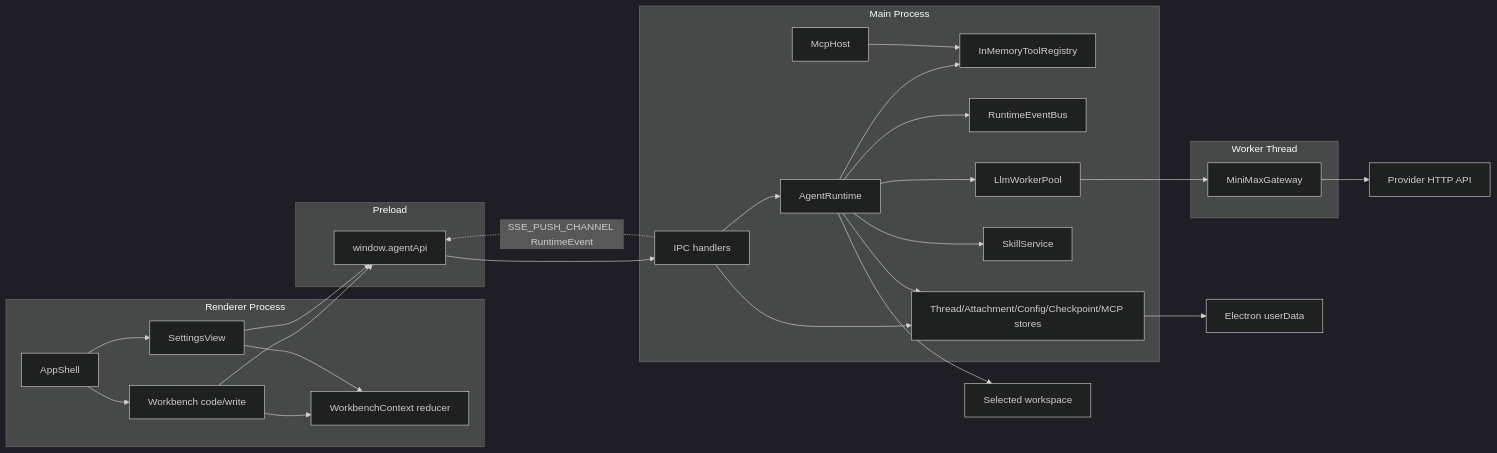
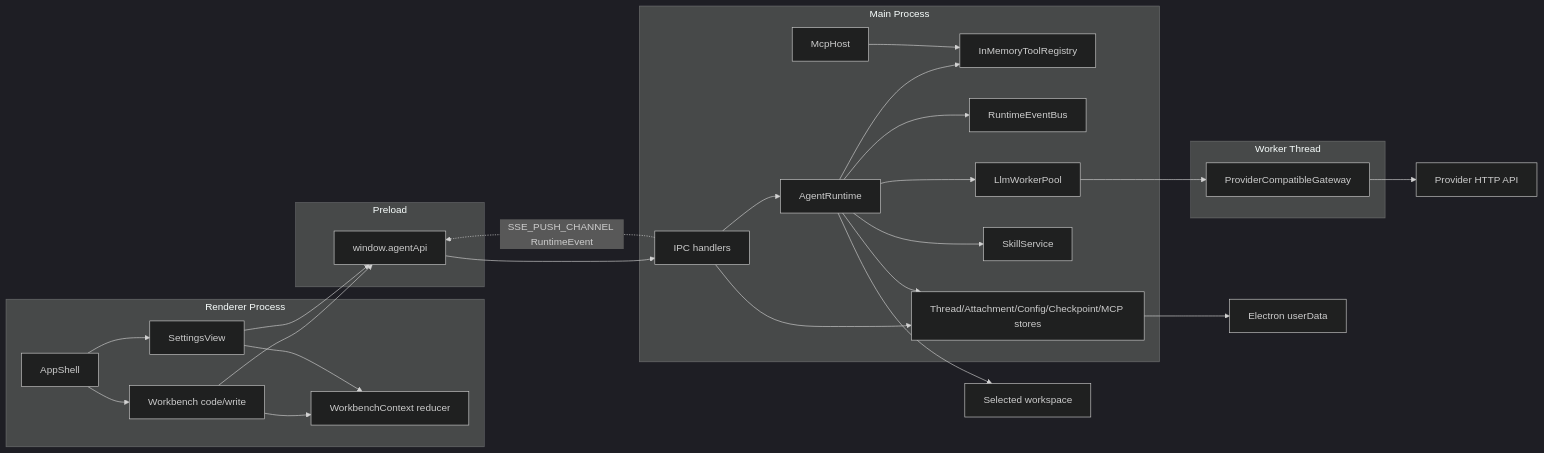
The diagram in docs/architecture.md (dp-sudo/agent-pyramid-desktop), drawn with Mermaid (dark theme) before and after one commit. The commit also changed other lines of this file and 5 other files, not shown here.

````diff
--- a/docs/architecture.md
+++ b/docs/architecture.md
@@ -19,53 +19,53 @@
 ```mermaid
 flowchart LR
   subgraph Renderer["Renderer Process"]
     AppShell["AppShell"]
     Workbench["Workbench code/write"]
     Settings["SettingsView"]
     Store["WorkbenchContext reducer"]
   end
 
   subgraph Preload["Preload"]
     Api["window.agentApi"]
   end
 
   subgraph Main["Main Process"]
     Ipc["IPC handlers"]
     Runtime["AgentRuntime"]
     Tools["InMemoryToolRegistry"]
     Bus["RuntimeEventBus"]
     Stores["Thread/Attachment/Config/Checkpoint/MCP stores"]
     Skills["SkillService"]
     Mcp["McpHost"]
     Pool["LlmWorkerPool"]
   end
 
   subgraph Worker["Worker Thread"]
-    Gateway["MiniMaxGateway"]
+    Gateway["ProviderCompatibleGateway"]
   end
 
   Provider["Provider HTTP API"]
   UserData["Electron userData"]
   Workspace["Selected workspace"]
 
   AppShell --> Workbench
   AppShell --> Settings
   Workbench --> Store
   Settings --> Store
   Workbench --> Api
   Settings --> Api
   Api --> Ipc
   Ipc --> Runtime
   Ipc --> Stores
   Runtime --> Tools
   Runtime --> Bus
   Runtime --> Stores
   Runtime --> Skills
   Runtime --> Pool
   Mcp --> Tools
   Pool --> Gateway
   Gateway --> Provider
   Stores --> UserData
   Runtime --> Workspace
   Ipc -. "SSE_PUSH_CHANNEL RuntimeEvent" .-> Api
 ```
````
